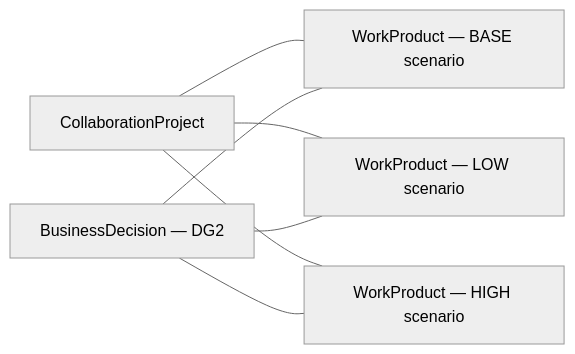
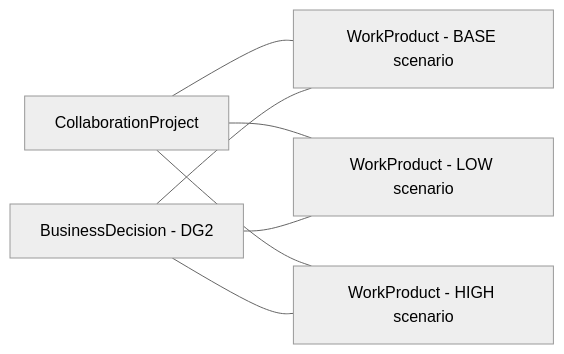
One commit to equinor/ores changed the third of 5 diagrams in md/Uncertainty.md. Above: the diagram before and after it, drawn with Mermaid (neutral theme). The commit also changed other lines of this file and 57 other files, not shown here.

````diff
--- a/md/Uncertainty.md
+++ b/md/Uncertainty.md
@@ -404,15 +404,15 @@
 ```mermaid
 flowchart LR
   CP[CollaborationProject]
-  WP_BASE[WorkProduct — BASE scenario]
-  WP_LOW[WorkProduct — LOW scenario]
-  WP_HIGH[WorkProduct — HIGH scenario]
-  BD[BusinessDecision — DG2]
+  WP_BASE[WorkProduct - BASE scenario]
+  WP_LOW[WorkProduct - LOW scenario]
+  WP_HIGH[WorkProduct - HIGH scenario]
+  BD[BusinessDecision - DG2]
 
   CP --- WP_BASE
   CP --- WP_LOW
   CP --- WP_HIGH
   BD --- WP_BASE
   BD --- WP_LOW
   BD --- WP_HIGH
 ```
````
